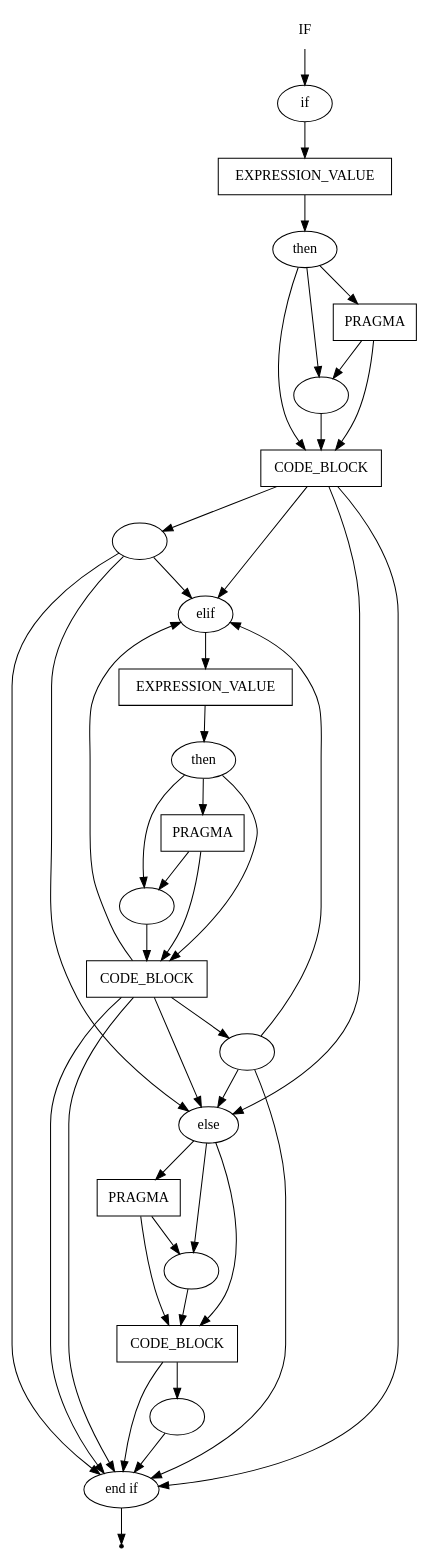
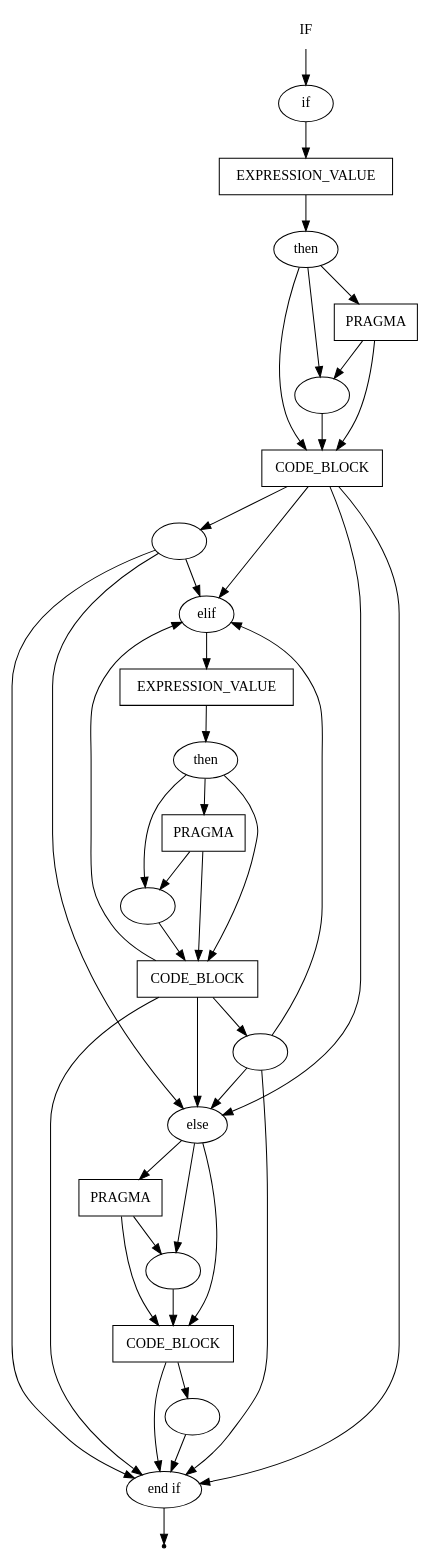
Before and after one commit to ayu-f/DSL_Pseudocode: the diagram in pseudocode/if.gv, drawn with Graphviz.

```diff
--- a/pseudocode/if.gv
+++ b/pseudocode/if.gv
@@ -1,66 +1,65 @@
 digraph IF {
     start [label=IF shape=plaintext]
     key_if [label="if" shape=oval]
     key_elif [label="elif" shape=oval]
     key_else [label="else" shape=oval]
     key_end_if [label="end if" shape=oval]
     key_then_1 [label="then" shape=oval]
     key_then_2 [label="then" shape=oval]
     nl_1 [label="\n" shape=oval]
     nl_2 [label="\n" shape=oval]
     nl_3 [label="\n" shape=oval]
     nl_4 [label="\n" shape=oval]
     nl_5 [label="\n" shape=oval]
     nl_6 [label="\n" shape=oval]
     pragma_1 [label=PRAGMA shape=box]
     pragma_2 [label=PRAGMA shape=box]
     pragma_3 [label=PRAGMA shape=box]
     expression_value_1 [label=EXPRESSION_VALUE shape=box]
     expression_value_2 [label=EXPRESSION_VALUE shape=box]
     code_block_1 [label=CODE_BLOCK shape=box]
     code_block_2 [label=CODE_BLOCK shape=box]
     code_block_3 [label=CODE_BLOCK shape=box]
     end [label="" shape=point]
     start -> key_if
     key_if -> expression_value_1
     expression_value_1 -> key_then_1
     key_then_1 -> pragma_1
     key_then_1 -> nl_1
     key_then_1 -> code_block_1
     pragma_1 -> nl_1
     pragma_1 -> code_block_1
     nl_1 -> code_block_1
     code_block_1 -> nl_2
     code_block_1 -> key_elif
     code_block_1 -> key_else
     code_block_1 -> key_end_if
     nl_2 -> key_elif
     nl_2 -> key_else
     nl_2 -> key_end_if
     key_elif -> expression_value_2
     expression_value_2 -> key_then_2
     key_then_2 -> pragma_2
     key_then_2 -> nl_3
     key_then_2 -> code_block_2
     pragma_2 -> nl_3
     pragma_2 -> code_block_2
     nl_3 -> code_block_2
-    code_block_2 -> key_end_if
     code_block_2 -> nl_4
     code_block_2 -> key_elif
     code_block_2 -> key_else
     code_block_2 -> key_end_if
     nl_4 -> key_elif
     nl_4 -> key_else
     nl_4 -> key_end_if
     key_else -> pragma_3
     key_else -> nl_5
     key_else -> code_block_3
     pragma_3 -> nl_5
     pragma_3 -> code_block_3
     nl_5 -> code_block_3
     code_block_3 -> nl_6
     code_block_3 -> key_end_if
     nl_6 -> key_end_if
     key_end_if -> end
 }
```
